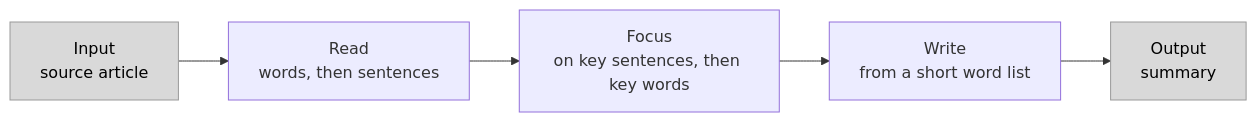
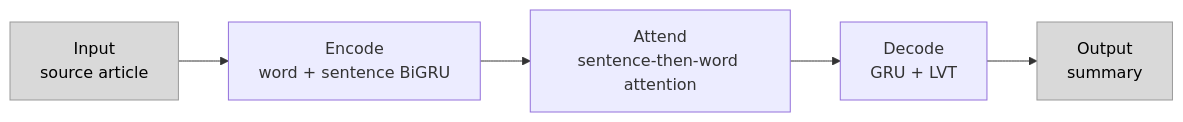
The second of 5 diagrams in README.md (FatemaKotb/Comparing-Summarization-Models-on-CNN-DailyMail), drawn with Mermaid before and after one commit. The commit also changed other lines of this file, not shown here.

````diff
--- a/README.md
+++ b/README.md
@@ -79,9 +72,9 @@
 ```mermaid
 flowchart LR
-    I[Input<br/>source article] --> E[Read<br/>words, then sentences]
-    E --> A[Focus<br/>on key sentences, then key words]
-    A --> D[Write<br/>from a short word list]
+    I[Input<br/>source article] --> E[Encode<br/>word + sentence BiGRU]
+    E --> A[Attend<br/>sentence-then-word attention]
+    A --> D[Decode<br/>GRU + LVT]
     D --> O[Output<br/>summary]
     classDef io fill:#d9d9d9,stroke:#999999,color:#000000
     class I,O io
 ```
````
